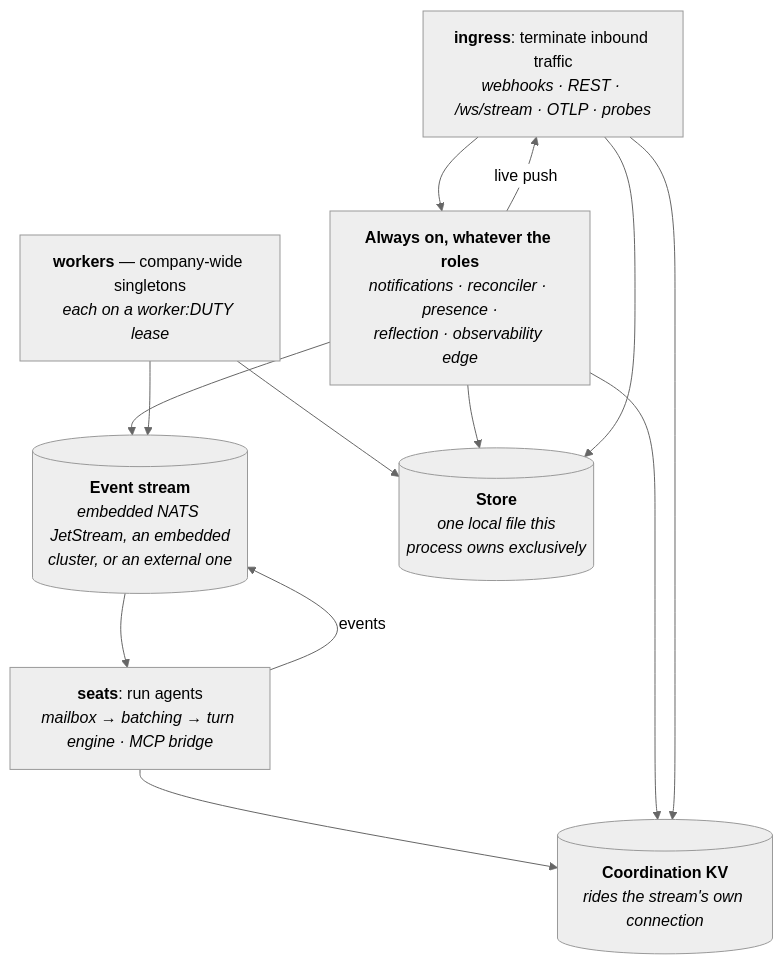
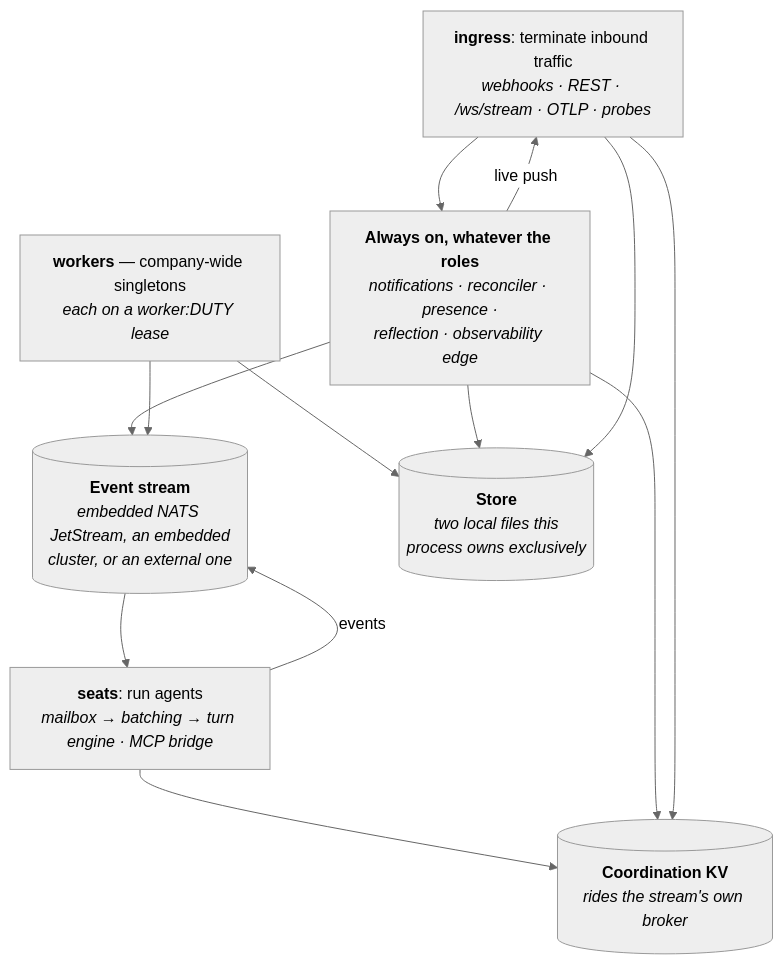
The third of 10 diagrams in docs/concepts/architecture.md (crewlet/crewlet), drawn with Mermaid (neutral theme) before and after one commit. The commit also changed other lines of this file and 41 other files, not shown here.

````diff
--- a/docs/concepts/architecture.md
+++ b/docs/concepts/architecture.md
@@ -108,21 +108,21 @@
 ```mermaid
 flowchart TB
     ING["<b>ingress</b>: terminate inbound traffic<br/><i>webhooks · REST · /ws/stream · OTLP · probes</i>"]
     ALWAYS["<b>Always on, whatever the roles</b><br/><i>notifications · reconciler · presence ·<br/>reflection · observability edge</i>"]
     SEATS["<b>seats</b>: run agents<br/><i>mailbox → batching → turn engine · MCP bridge</i>"]
     WORK["<b>workers</b> — company-wide singletons<br/><i>each on a worker:DUTY lease</i>"]
     STREAM[("<b>Event stream</b><br/><i>embedded NATS JetStream, an embedded<br/>cluster, or an external one</i>")]
-    KV[("<b>Coordination KV</b><br/><i>rides the stream's own connection</i>")]
-    DB[("<b>Store</b><br/><i>one local file this<br/>process owns exclusively</i>")]
+    KV[("<b>Coordination KV</b><br/><i>rides the stream's own broker</i>")]
+    DB[("<b>Store</b><br/><i>two local files this<br/>process owns exclusively</i>")]
 
     ING --> ALWAYS --> STREAM --> SEATS
     SEATS -->|events| STREAM
     SEATS --> KV
     WORK --> STREAM
     WORK --> DB
     ALWAYS -->|"live push"| ING
     ALWAYS --> KV
     ALWAYS --> DB
     ING --> KV
     ING --> DB
 ```
````
